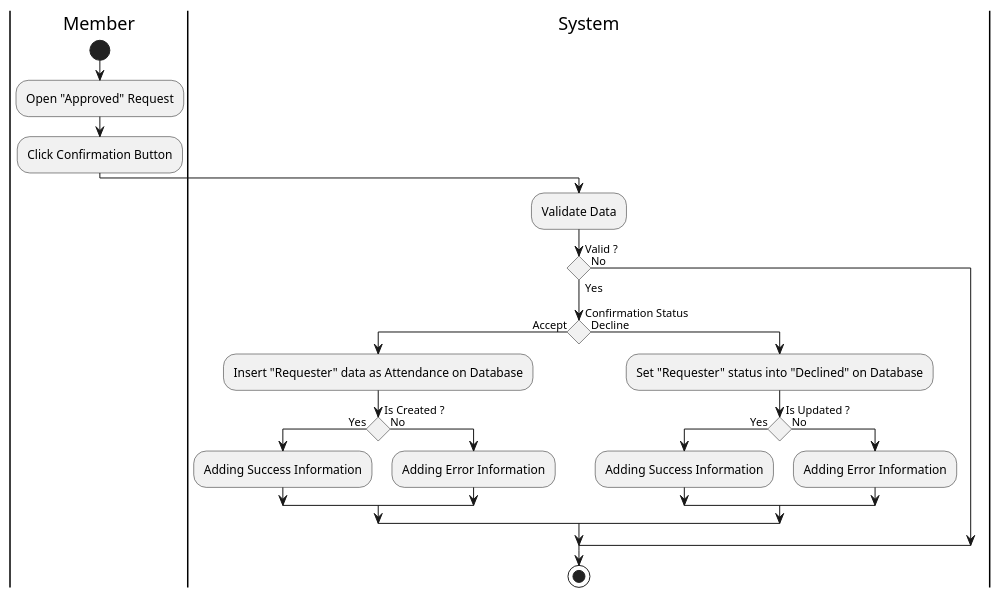
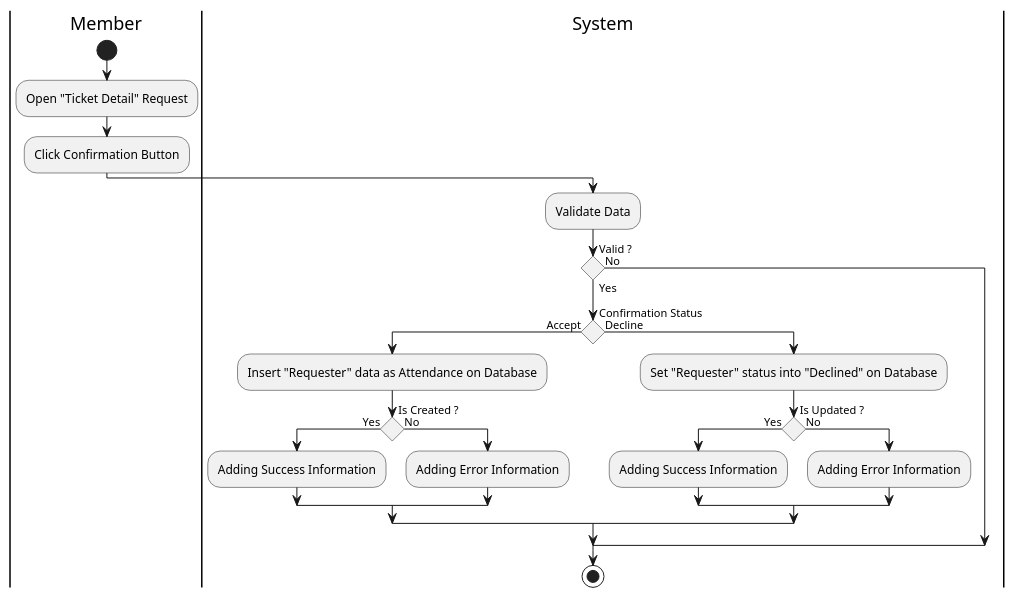
One commit to fwidjaya20/fazzlearning-uml changed the diagram in Activity/Release03/ConfirmAttendance.wsd. Above: the diagram before and after it, drawn with PlantUML. The commit also changed 34 other files, not shown here.

Commit message:
fix(diagram): fix invalid sequence, activity, and usecase

```diff
--- a/Activity/Release03/ConfirmAttendance.wsd
+++ b/Activity/Release03/ConfirmAttendance.wsd
@@ -1,38 +1,38 @@
 @startuml ConfirmAttendance
 
 skinparam ConditionEndStyle hline
 skinparam conditionStyle diamond
 skinparam Monochrome true
 skinparam Shadowing false
 
 |Member|
 start
-:Open "Approved" Request;
+:Open "Ticket Detail" Request;
 :Click Confirmation Button;
 
 |System|
 :Validate Data;
 
 if (Valid ?) then (Yes)
     if (Confirmation Status) then (Accept)
         :Insert "Requester" data as Attendance on Database;
 
         if (Is Created ?) then (Yes)
             :Adding Success Information;
         else (No)
             :Adding Error Information;
         endif
     else (Decline)
         :Set "Requester" status into "Declined" on Database;
 
         if (Is Updated ?) then (Yes)
             :Adding Success Information;
         else (No)
             :Adding Error Information;
         endif
     endif
 else (No)
 endif
 stop
 
 @enduml
```
